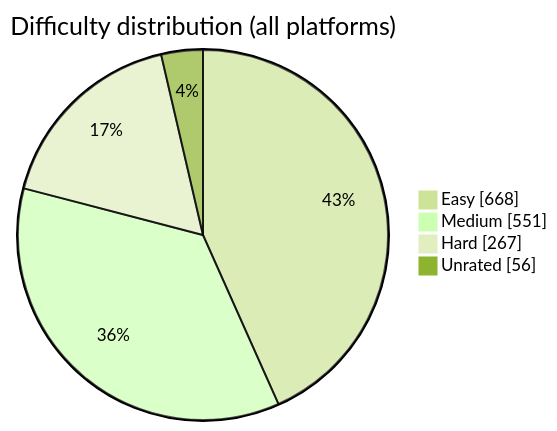
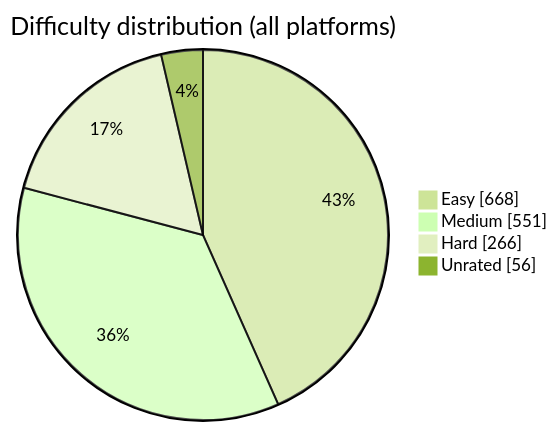
One commit to BuildbyArindam/Daily-Coding-Log changed the diagram in README.md. Above: the diagram before and after it, drawn with Mermaid (forest theme). The commit also changed other lines of this file, not shown here.

````diff
--- a/README.md
+++ b/README.md
@@ -93,7 +93,7 @@
 ```mermaid
 pie showData title Difficulty distribution (all platforms)
     "Easy" : 668
     "Medium" : 551
-    "Hard" : 267
+    "Hard" : 266
     "Unrated" : 56
 ```
````
